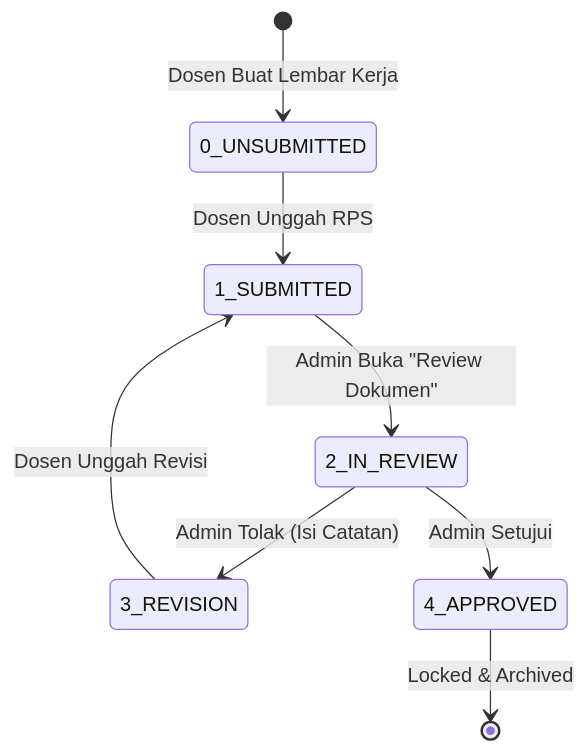
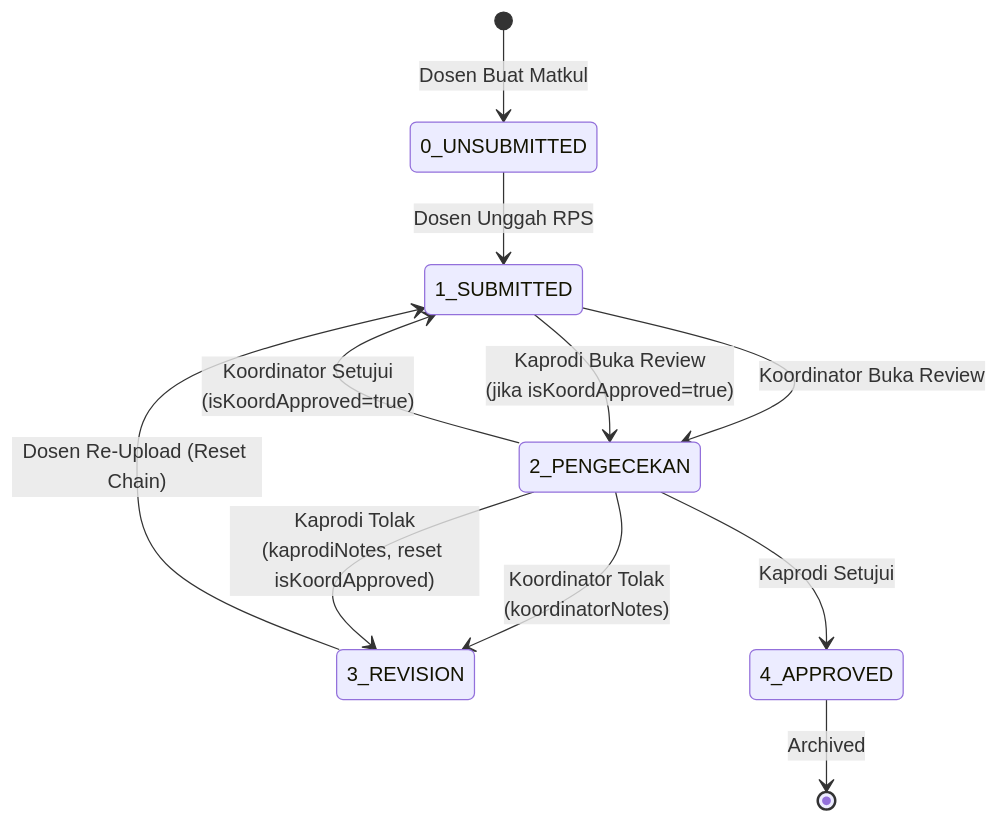
Before and after one commit to lucifer-140/Project-23T2-Magang: the diagram in RPS.md, drawn with Mermaid. The commit also changed other lines of this file and 17 other files, not shown here.

````diff
--- a/RPS.md
+++ b/RPS.md
@@ -67,14 +161,18 @@
 ```mermaid
 stateDiagram-v2
-    [*] --> 0_UNSUBMITTED : Dosen Buat Lembar Kerja
+    [*] --> 0_UNSUBMITTED : Dosen Buat Matkul
     
     0_UNSUBMITTED --> 1_SUBMITTED : Dosen Unggah RPS
-    3_REVISION --> 1_SUBMITTED : Dosen Unggah Revisi
+    3_REVISION --> 1_SUBMITTED : Dosen Re-Upload (Reset Chain)
     
-    1_SUBMITTED --> 2_IN_REVIEW : Admin Buka "Review Dokumen"
+    1_SUBMITTED --> 2_PENGECEKAN : Koordinator Buka Review
     
-    2_IN_REVIEW --> 3_REVISION : Admin Tolak (Isi Catatan)
-    2_IN_REVIEW --> 4_APPROVED : Admin Setujui
+    2_PENGECEKAN --> 1_SUBMITTED : Koordinator Setujui<br/>(isKoordApproved=true)
+    2_PENGECEKAN --> 3_REVISION : Koordinator Tolak<br/>(koordinatorNotes)
     
-    4_APPROVED --> [*] : Locked & Archived
+    1_SUBMITTED --> 2_PENGECEKAN : Kaprodi Buka Review<br/>(jika isKoordApproved=true)
+    2_PENGECEKAN --> 4_APPROVED : Kaprodi Setujui
+    2_PENGECEKAN --> 3_REVISION : Kaprodi Tolak<br/>(kaprodiNotes, reset isKoordApproved)
+    
+    4_APPROVED --> [*] : Archived
 ```
````
